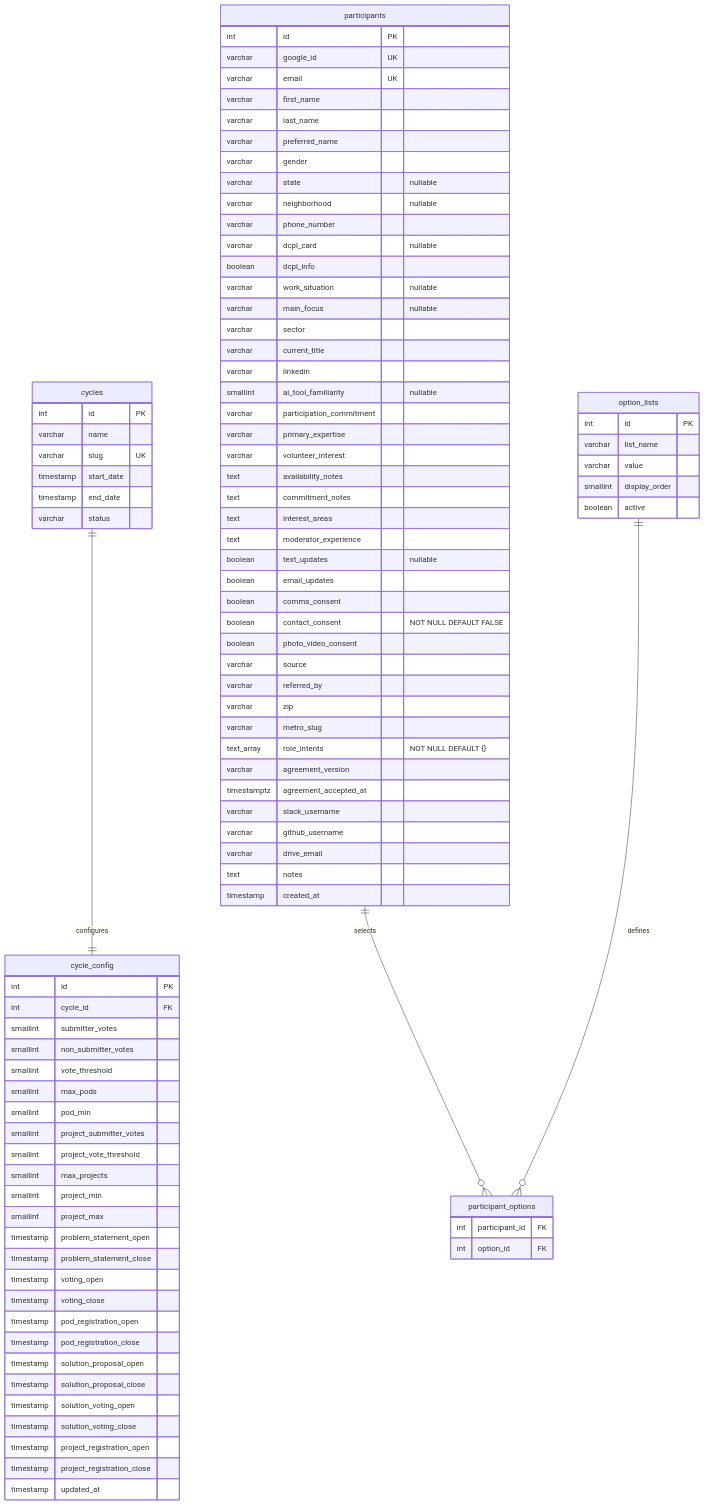
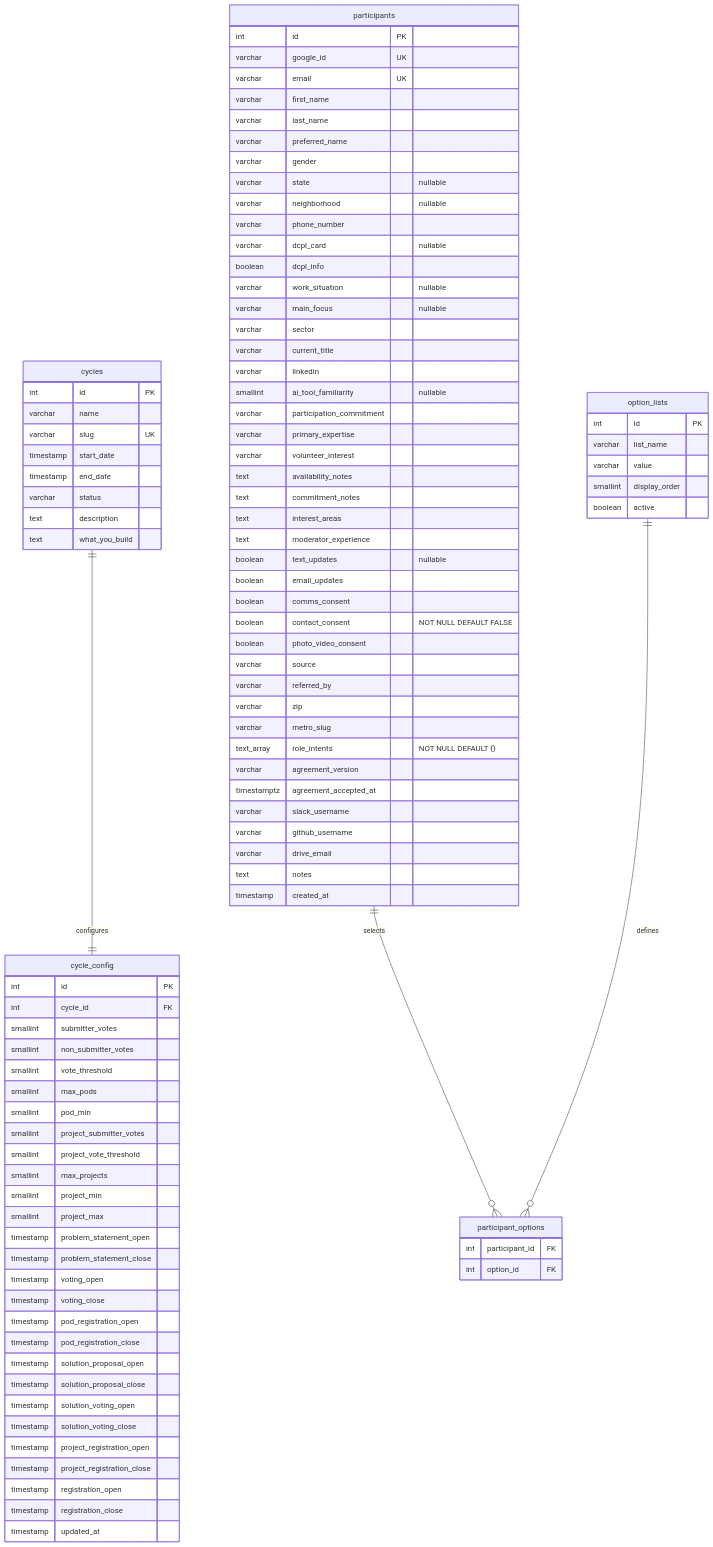
Before and after one commit to TheUpskillingLabs/OLOS: the second of 6 diagrams in SCHEMA.md, drawn with Mermaid. The commit also changed 29 other files, not shown here.

```diff
--- a/SCHEMA.md
+++ b/SCHEMA.md
@@ -47,6 +47,8 @@
         timestamp start_date
         timestamp end_date
         varchar status
+        text description
+        text what_you_build
     }
 
     cycle_config {
@@ -74,6 +76,8 @@
         timestamp solution_voting_close
         timestamp project_registration_open
         timestamp project_registration_close
+        timestamp registration_open
+        timestamp registration_close
         timestamp updated_at
     }
 
```
